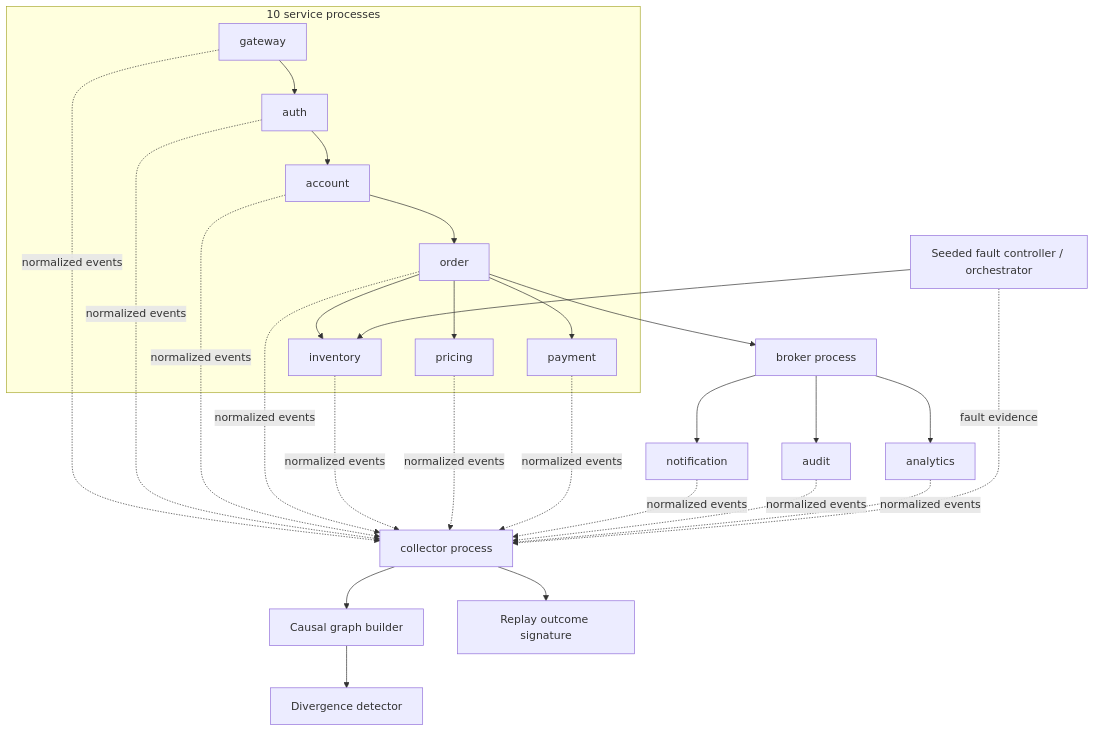
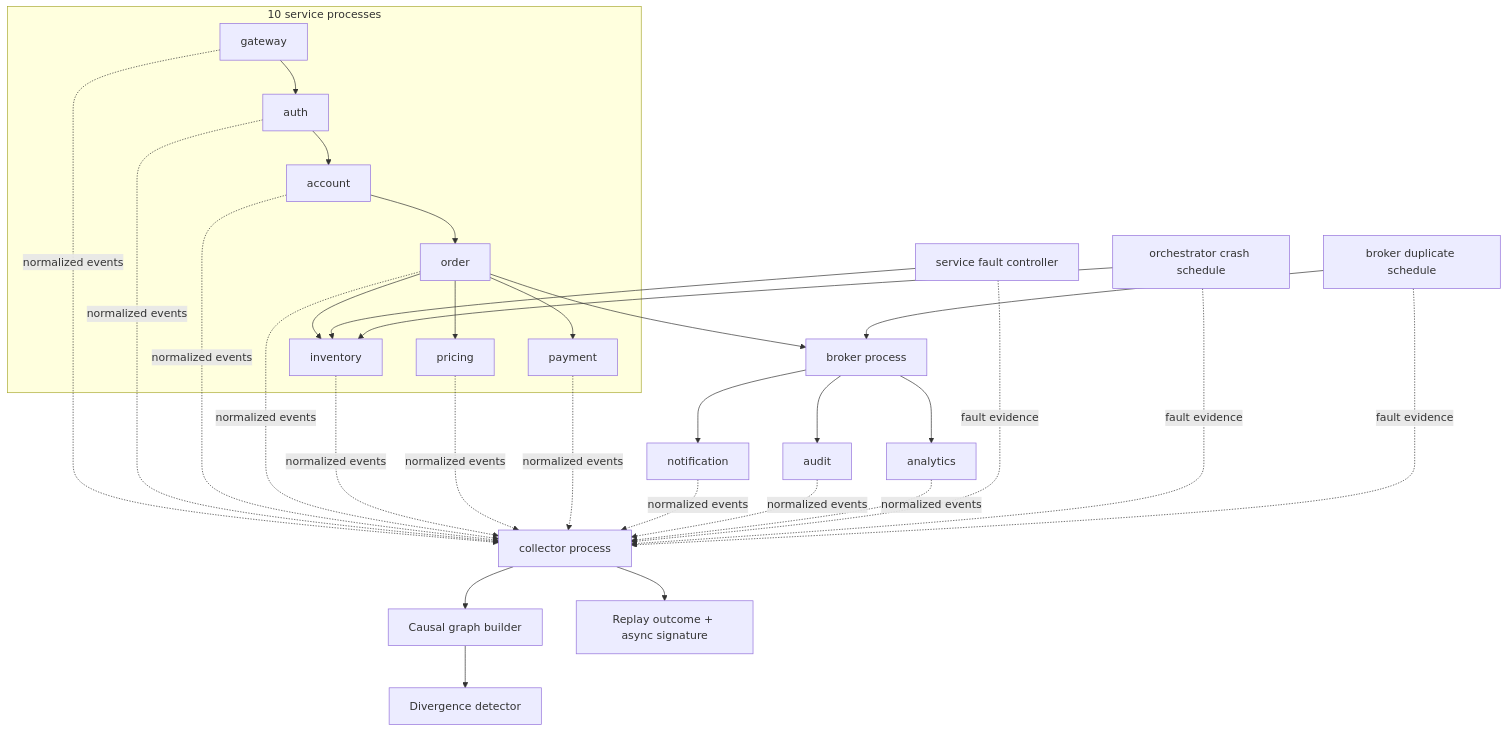
One commit to yjr28/kestrel-replay changed the first of 2 diagrams in ARCHITECTURE.md. Above: the diagram before and after it, drawn with Mermaid. The commit also changed other lines of this file and 15 other files, not shown here.

Commit message:
feat: replay duplicate async deliveries

````diff
--- a/ARCHITECTURE.md
+++ b/ARCHITECTURE.md
@@ -18,32 +18,36 @@
 ```mermaid
 flowchart TB
     subgraph Services[10 service processes]
       G[gateway] --> A[auth] --> AC[account] --> O[order]
       O --> I[inventory]
       O --> P[pricing]
       O --> PAY[payment]
     end
 
     O --> B[broker process]
     B --> N[notification]
     B --> AU[audit]
     B --> AN[analytics]
 
-    F[Seeded fault controller / orchestrator] --> I
+    SF[service fault controller] --> I
+    OF[orchestrator crash schedule] --> I
+    BF[broker duplicate schedule] --> B
 
     G -. normalized events .-> C[collector process]
     A -. normalized events .-> C
     AC -. normalized events .-> C
     O -. normalized events .-> C
     I -. normalized events .-> C
     P -. normalized events .-> C
     PAY -. normalized events .-> C
     N -. normalized events .-> C
     AU -. normalized events .-> C
     AN -. normalized events .-> C
-    F -. fault evidence .-> C
+    SF -. fault evidence .-> C
+    OF -. fault evidence .-> C
+    BF -. fault evidence .-> C
 
     C --> CG[Causal graph builder]
     CG --> D[Divergence detector]
-    C --> R[Replay outcome signature]
+    C --> R[Replay outcome + async signature]
 ```
````
